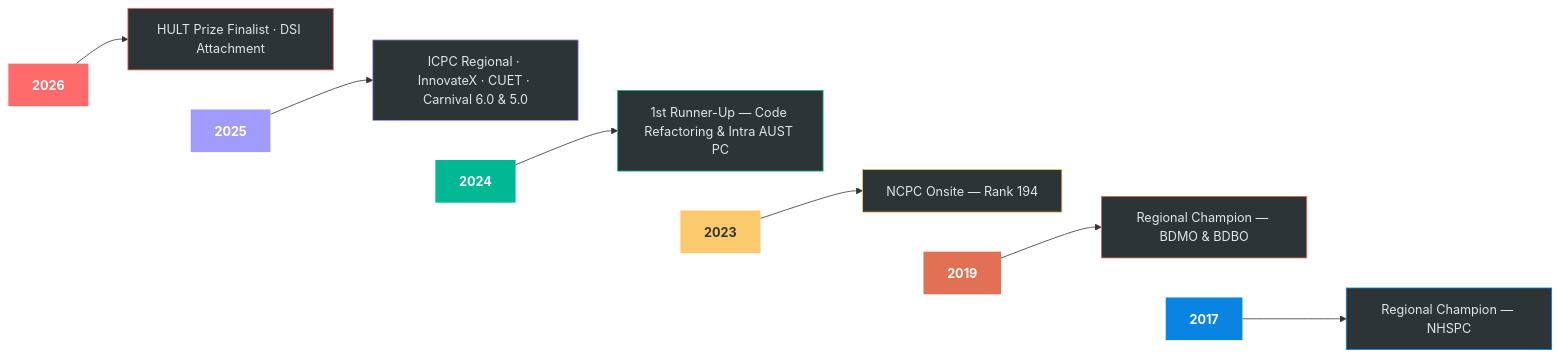
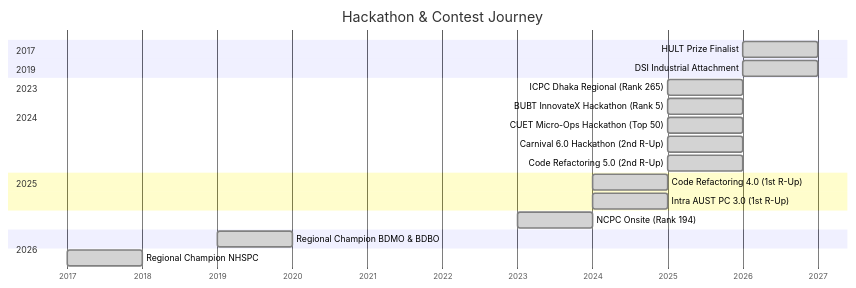
Before and after one commit to sakibul-shovon/sakibul-shovon: the diagram in README.md, drawn with Mermaid.

````diff
--- a/README.md
+++ b/README.md
@@ -103,28 +103,30 @@
 ```mermaid
-graph LR
-    Y1["2026"] --> A1["HULT Prize Finalist · DSI Attachment"]
-    Y2["2025"] --> A2["ICPC Regional · InnovateX · CUET · Carnival 6.0 & 5.0"]
-    Y3["2024"] --> A3["1st Runner-Up — Code Refactoring & Intra AUST PC"]
-    Y4["2023"] --> A4["NCPC Onsite — Rank 194"]
-    Y5["2019"] --> A5["Regional Champion — BDMO & BDBO"]
-    Y6["2017"] --> A6["Regional Champion — NHSPC"]
+gantt
+    title Hackathon & Contest Journey
+    dateFormat YYYY
+    axisFormat %Y
 
-    Y1 ~~~ Y2
-    Y2 ~~~ Y3
-    Y3 ~~~ Y4
-    Y4 ~~~ Y5
-    Y5 ~~~ Y6
+    section 2026
+    HULT Prize Finalist           :done, 2026, 1y
+    DSI Industrial Attachment     :done, 2026, 1y
 
-    style Y1 fill:#ff6b6b,stroke:none,color:#fff,font-weight:bold
-    style Y2 fill:#a29bfe,stroke:none,color:#fff,font-weight:bold
-    style Y3 fill:#00b894,stroke:none,color:#fff,font-weight:bold
-    style Y4 fill:#fdcb6e,stroke:none,color:#333,font-weight:bold
-    style Y5 fill:#e17055,stroke:none,color:#fff,font-weight:bold
-    style Y6 fill:#0984e3,stroke:none,color:#fff,font-weight:bold
-    style A1 fill:#2d3436,stroke:#ff6b6b,color:#dfe6e9
-    style A2 fill:#2d3436,stroke:#a29bfe,color:#dfe6e9
-    style A3 fill:#2d3436,stroke:#00b894,color:#dfe6e9
-    style A4 fill:#2d3436,stroke:#fdcb6e,color:#dfe6e9
-    style A5 fill:#2d3436,stroke:#e17055,color:#dfe6e9
-    style A6 fill:#2d3436,stroke:#0984e3,color:#dfe6e9
+    section 2025
+    ICPC Dhaka Regional (Rank 265)        :done, 2025, 1y
+    BUBT InnovateX Hackathon (Rank 5)     :done, 2025, 1y
+    CUET Micro-Ops Hackathon (Top 50)     :done, 2025, 1y
+    Carnival 6.0 Hackathon (2nd R-Up)     :done, 2025, 1y
+    Code Refactoring 5.0 (2nd R-Up)       :done, 2025, 1y
+
+    section 2024
+    Code Refactoring 4.0 (1st R-Up)       :done, 2024, 1y
+    Intra AUST PC 3.0 (1st R-Up)          :done, 2024, 1y
+
+    section 2023
+    NCPC Onsite (Rank 194)                :done, 2023, 1y
+
+    section 2019
+    Regional Champion BDMO & BDBO         :done, 2019, 1y
+
+    section 2017
+    Regional Champion NHSPC               :done, 2017, 1y
 ```
````
